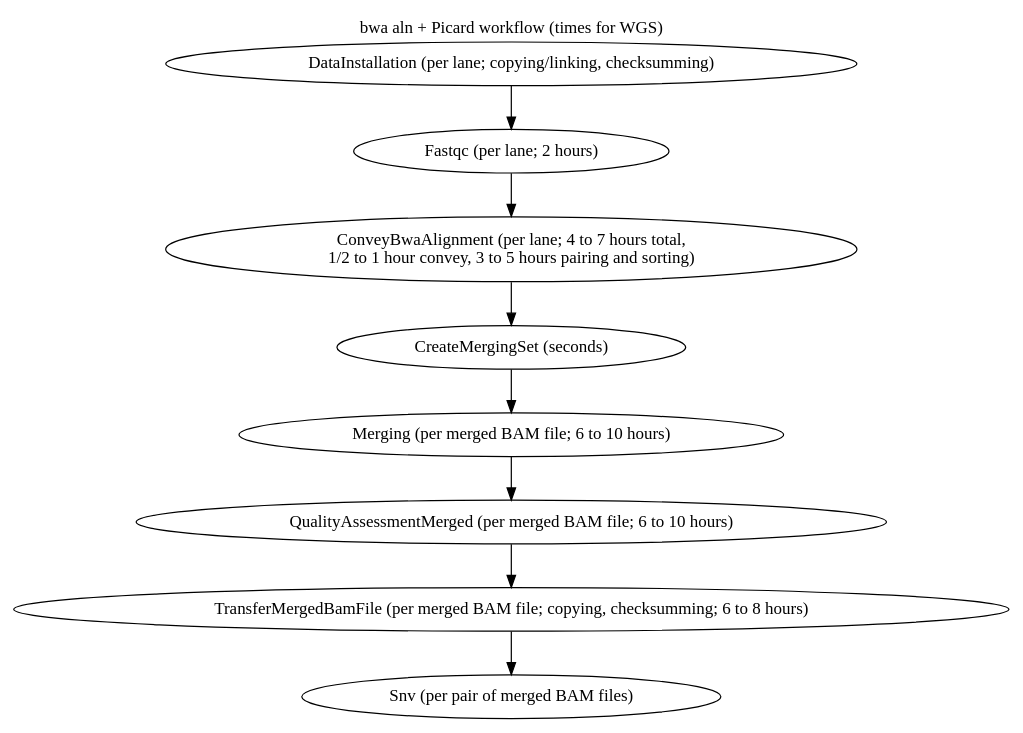
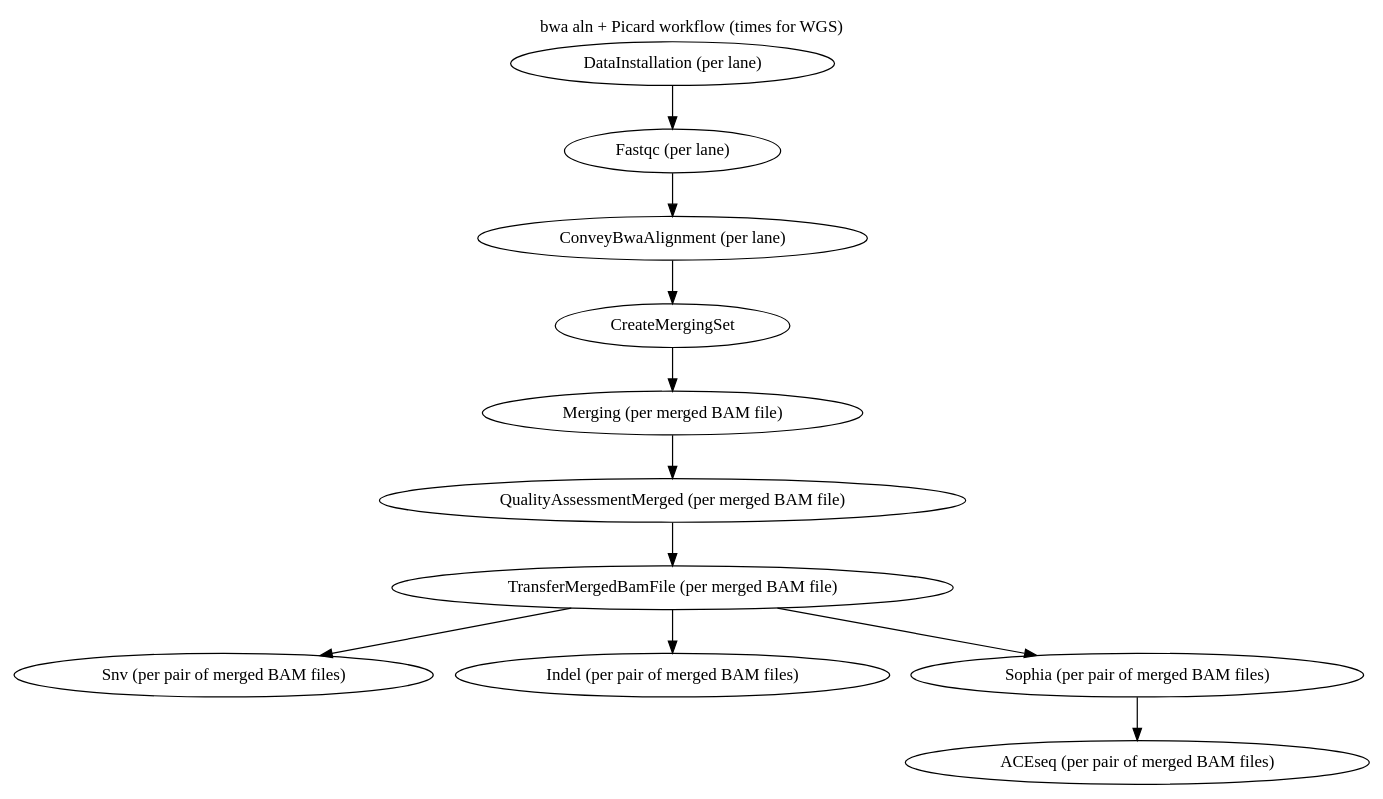
Before and after one commit to one-touch-pipeline/otp: the diagram in src/docs/guide/workflowGraphs/bwa_aln.dot, drawn with Graphviz. The commit also changed 1 other file, not shown here.

Commit message:
Adapt workflow graphs

```diff
--- a/src/docs/guide/workflowGraphs/bwa_aln.dot
+++ b/src/docs/guide/workflowGraphs/bwa_aln.dot
@@ -1,13 +1,20 @@
 digraph workflows {
   labelloc="t";
   label="bwa aln + Picard workflow (times for WGS)\n";
 
-  DataInstallation [label="DataInstallation (per lane; copying/linking, checksumming)"];
-  Fastqc [label="Fastqc (per lane; 2 hours)"];
-  ConveyBwaAlignment [label="ConveyBwaAlignment (per lane; 4 to 7 hours total,\n1/2 to 1 hour convey, 3 to 5 hours pairing and sorting)"]
-  CreateMergingSet [label="CreateMergingSet (seconds)"]
-  Merging [label="Merging (per merged BAM file; 6 to 10 hours)"]
-  QualityAssessmentMerged [label="QualityAssessmentMerged (per merged BAM file; 6 to 10 hours)"]
-  TransferMergedBamFile [label="TransferMergedBamFile (per merged BAM file; copying, checksumming; 6 to 8 hours)"]
-  DataInstallation -> Fastqc -> ConveyBwaAlignment -> CreateMergingSet -> Merging -> QualityAssessmentMerged -> TransferMergedBamFile -> "Snv (per pair of merged BAM files)"
+  DataInstallation [label="DataInstallation (per lane)"];
+  Fastqc [label="Fastqc (per lane)"];
+  ConveyBwaAlignment [label="ConveyBwaAlignment (per lane)"];
+  CreateMergingSet [label="CreateMergingSet"];
+  Merging [label="Merging (per merged BAM file)"];
+  QualityAssessmentMerged [label="QualityAssessmentMerged (per merged BAM file)"];
+  TransferMergedBamFile [label="TransferMergedBamFile (per merged BAM file)"];
+  Snv [label="Snv (per pair of merged BAM files)"];
+  Indel [label="Indel (per pair of merged BAM files)"];
+  Sophia [label="Sophia (per pair of merged BAM files)"];
+  ACEseq [label="ACEseq (per pair of merged BAM files)"];
+
+  DataInstallation -> Fastqc -> ConveyBwaAlignment -> CreateMergingSet -> Merging -> QualityAssessmentMerged -> TransferMergedBamFile -> Snv
+  TransferMergedBamFile -> Indel
+  TransferMergedBamFile -> Sophia -> ACEseq
 }
```
